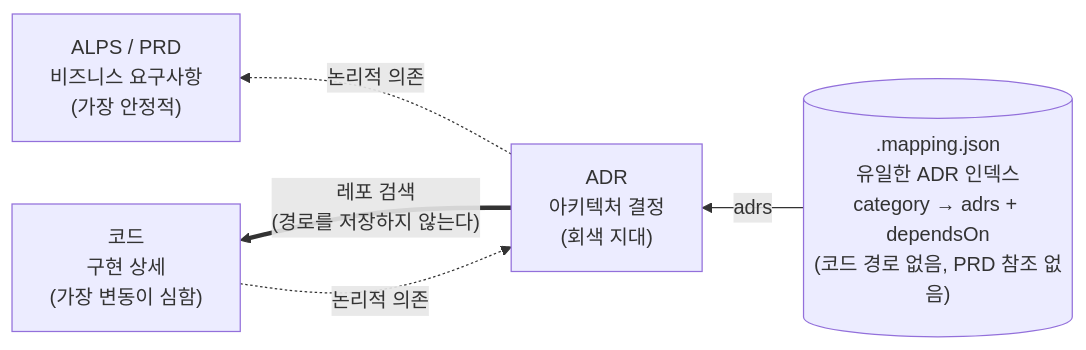
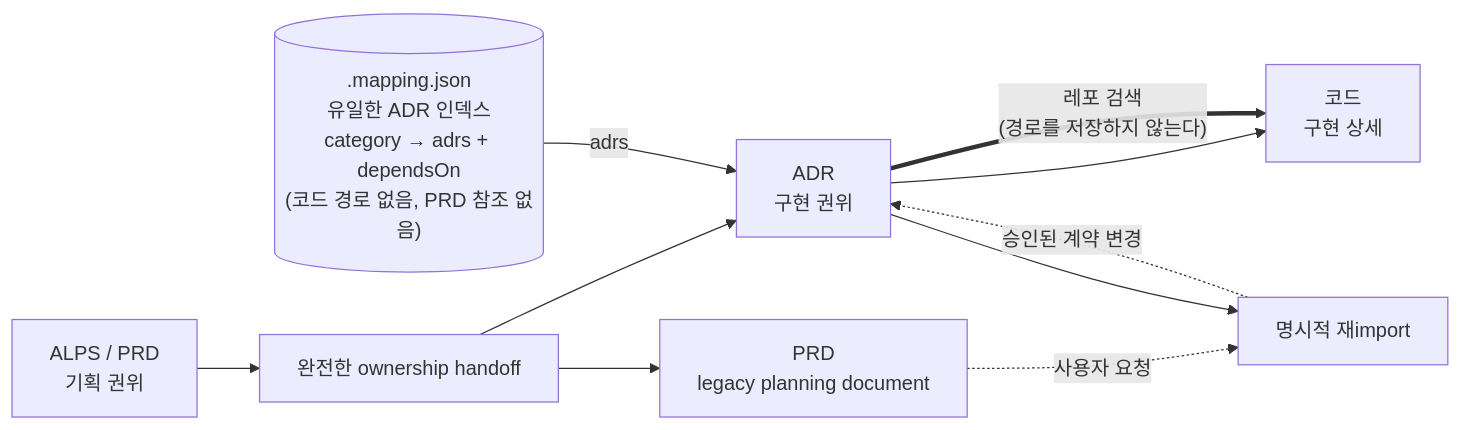
One commit to haandol/alps-writer-mcp changed the eighth of 8 diagrams in docs/adr-process.md. Above: the diagram before and after it, drawn with Mermaid. The commit also changed other lines of this file and 44 other files, not shown here.

Commit message:
feat(plugin): transfer PRD ownership to ADRs

````diff
--- a/docs/adr-process.md
+++ b/docs/adr-process.md
@@ -437,13 +439,18 @@
 ```mermaid
-flowchart RL
-    PRD["ALPS / PRD<br/>비즈니스 요구사항<br/>(가장 안정적)"]
-    ADR["ADR<br/>아키텍처 결정<br/>(회색 지대)"]
-    Code["코드<br/>구현 상세<br/>(가장 변동이 심함)"]
+flowchart LR
+    PRD["ALPS / PRD<br/>기획 권위"]
+    Handoff["완전한 ownership handoff"]
+    ADR["ADR<br/>구현 권위"]
+    Code["코드<br/>구현 상세"]
+    Legacy["PRD<br/>legacy planning document"]
+    Reimport["명시적 재import"]
     Mapping[(".mapping.json<br/>유일한 ADR 인덱스<br/>category → adrs + dependsOn<br/>(코드 경로 없음, PRD 참조 없음)")]
 
-    Code -. 논리적 의존 .-> ADR
-    ADR -. 논리적 의존 .-> PRD
-
+    PRD --> Handoff --> ADR --> Code
+    Handoff --> Legacy
+    Legacy -. 사용자 요청 .-> Reimport
+    ADR --> Reimport
+    Reimport -. 승인된 계약 변경 .-> ADR
     Mapping -- adrs --> ADR
     ADR == "레포 검색<br/>(경로를 저장하지 않는다)" ==> Code
 ```
````
